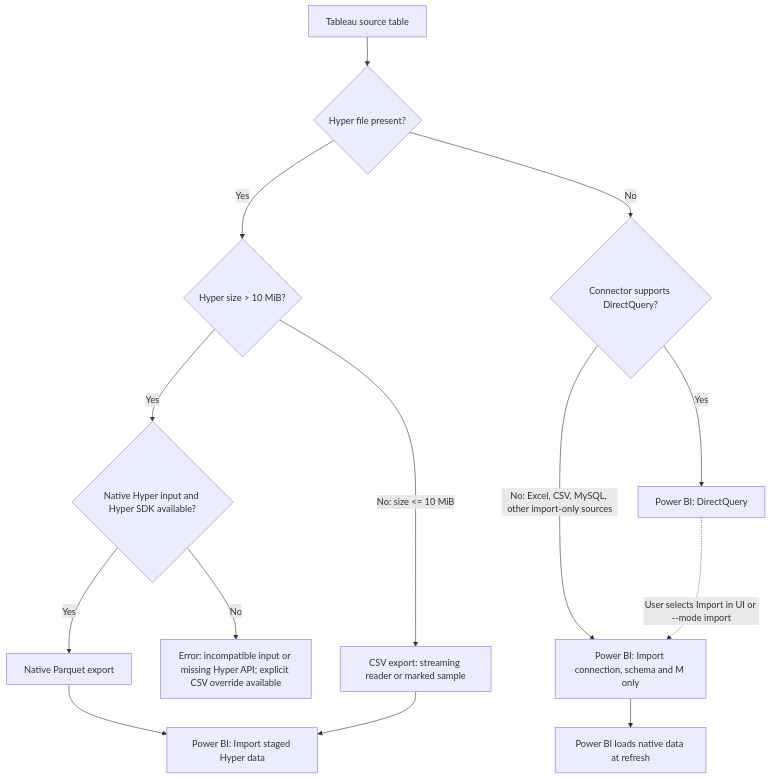
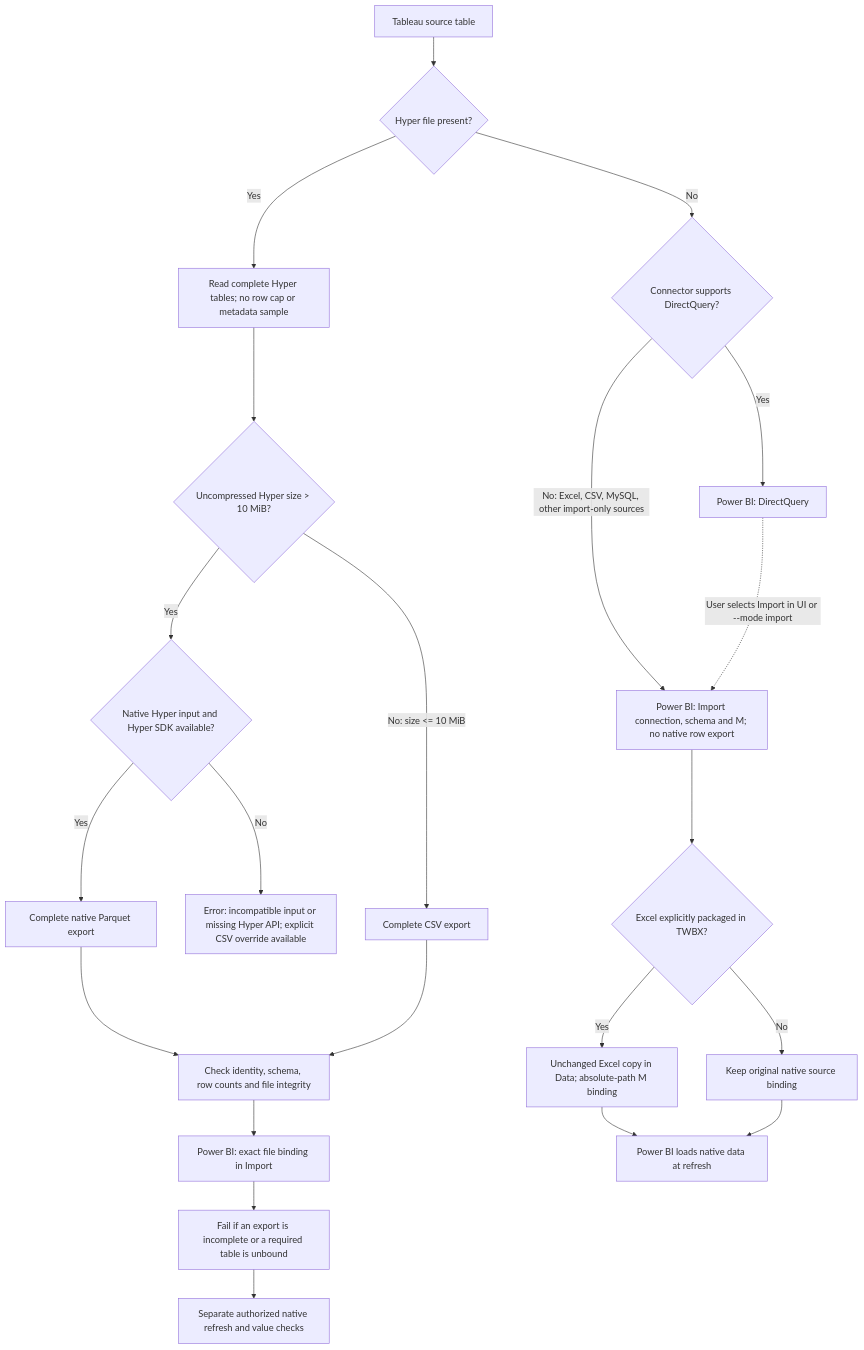
One commit to cyphou/TableauToPowerBI changed the second of 2 diagrams in docs/ARCHITECTURE.md. Above: the diagram before and after it, drawn with Mermaid. The commit also changed other lines of this file and 24 other files, not shown here.

````diff
--- a/docs/ARCHITECTURE.md
+++ b/docs/ARCHITECTURE.md
@@ -160,16 +171,24 @@
 ```mermaid
 flowchart TD
     Source["Tableau source table"] --> Hyper{"Hyper file present?"}
-    Hyper -->|Yes| Size{"Hyper size > 10 MiB?"}
+    Hyper -->|Yes| Complete["Read complete Hyper tables; no row cap or metadata sample"]
+    Complete --> Size{"Uncompressed Hyper size > 10 MiB?"}
     Size -->|Yes| SDK{"Native Hyper input and Hyper SDK available?"}
-    SDK -->|Yes| Parquet["Native Parquet export"]
+    SDK -->|Yes| Parquet["Complete native Parquet export"]
     SDK -->|No| Error["Error: incompatible input or missing Hyper API; explicit CSV override available"]
-    Size -->|"No: size <= 10 MiB"| CSV["CSV export: streaming reader or marked sample"]
-    Parquet --> HyperImport["Power BI: Import staged Hyper data"]
-    CSV --> HyperImport
+    Size -->|"No: size <= 10 MiB"| CSV["Complete CSV export"]
+    Parquet --> Check["Check identity, schema, row counts and file integrity"]
+    CSV --> Check
+    Check --> HyperImport["Power BI: exact file binding in Import"]
+    HyperImport --> Gate["Fail if an export is incomplete or a required table is unbound"]
+    Gate --> Runtime["Separate authorized native refresh and value checks"]
     Hyper -->|No| Capable{"Connector supports DirectQuery?"}
     Capable -->|Yes| DirectQuery["Power BI: DirectQuery"]
-    Capable -->|No: Excel, CSV, MySQL, other import-only sources| NativeImport["Power BI: Import connection, schema and M only"]
+    Capable -->|No: Excel, CSV, MySQL, other import-only sources| NativeImport["Power BI: Import connection, schema and M; no native row export"]
     DirectQuery -.->|"User selects Import in UI or --mode import"| NativeImport
-    NativeImport --> Refresh["Power BI loads native data at refresh"]
+    NativeImport --> PackagedExcel{"Excel explicitly packaged in TWBX?"}
+    PackagedExcel -->|Yes| ExcelCopy["Unchanged Excel copy in Data; absolute-path M binding"]
+    PackagedExcel -->|No| Original["Keep original native source binding"]
+    ExcelCopy --> Refresh["Power BI loads native data at refresh"]
+    Original --> Refresh
 ```
````
